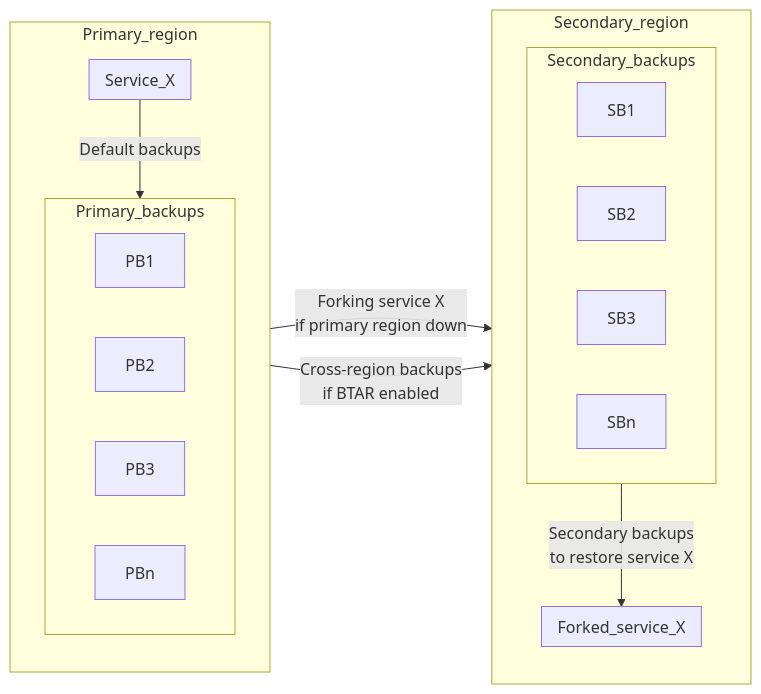
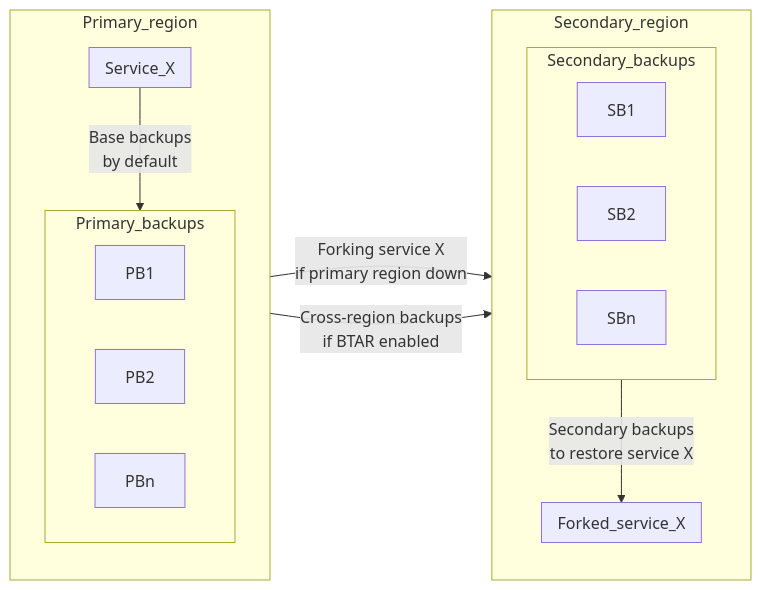
The first of 2 diagrams in docs/platform/concepts/backup-to-another-region.md (aiven/aiven-docs), drawn with Mermaid before and after one commit. The commit also changed other lines of this file, not shown here.

````diff
--- a/docs/platform/concepts/backup-to-another-region.md
+++ b/docs/platform/concepts/backup-to-another-region.md
@@ -79,31 +82,29 @@
 ```mermaid
 flowchart LR
     subgraph Primary_region
         direction TB
         subgraph Service_X
             end
         subgraph Primary_backups
             direction LR
             PB1
             PB2
-            PB3
             PBn
             end
         end
     subgraph Secondary_region
         direction TB
         subgraph Forked_service_X
             end
         subgraph Secondary_backups
             direction LR
             SB1
             SB2
-            SB3
             SBn
             end
         end
-    Service_X -- Default backups --> Primary_backups
+    Service_X -- Base backups<br/>by default --> Primary_backups
     Primary_backups -- Cross-region backups<br/>if BTAR  enabled --> Secondary_backups
     Secondary_backups -- Secondary backups<br/>to restore service X --> Forked_service_X
     Service_X -- Forking service X<br/>if primary region down --> Forked_service_X
 ```
````
